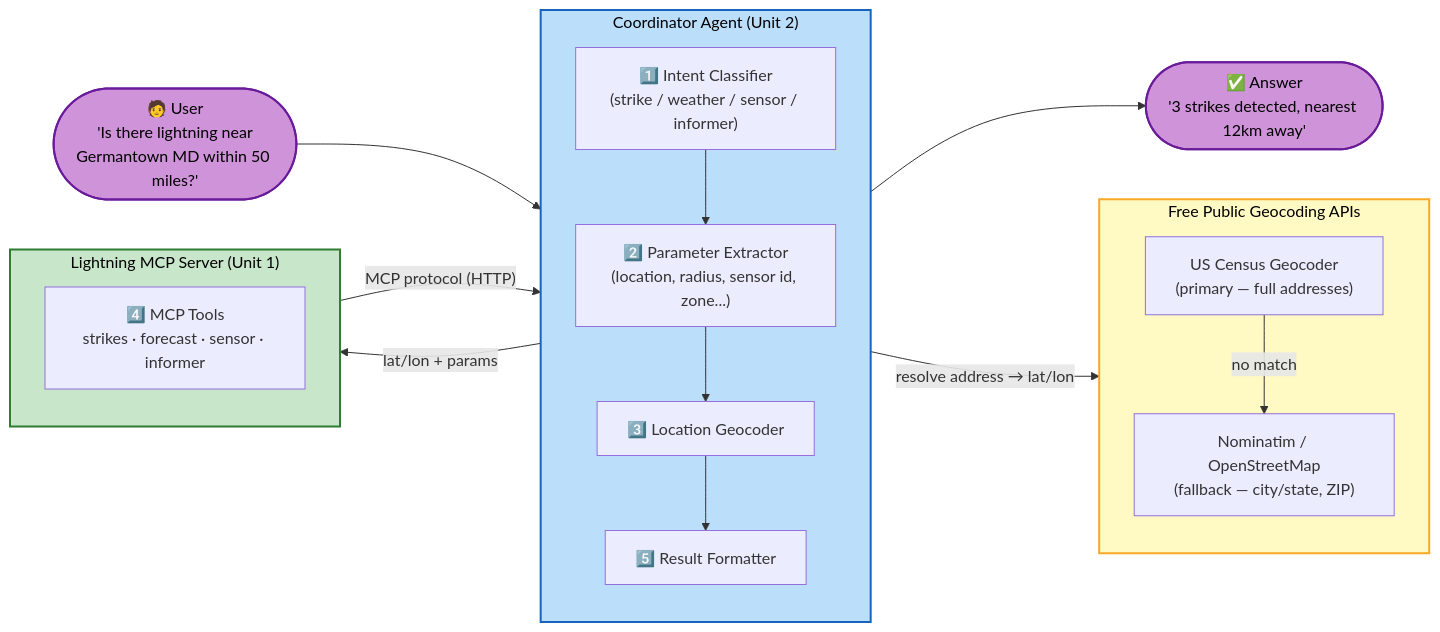
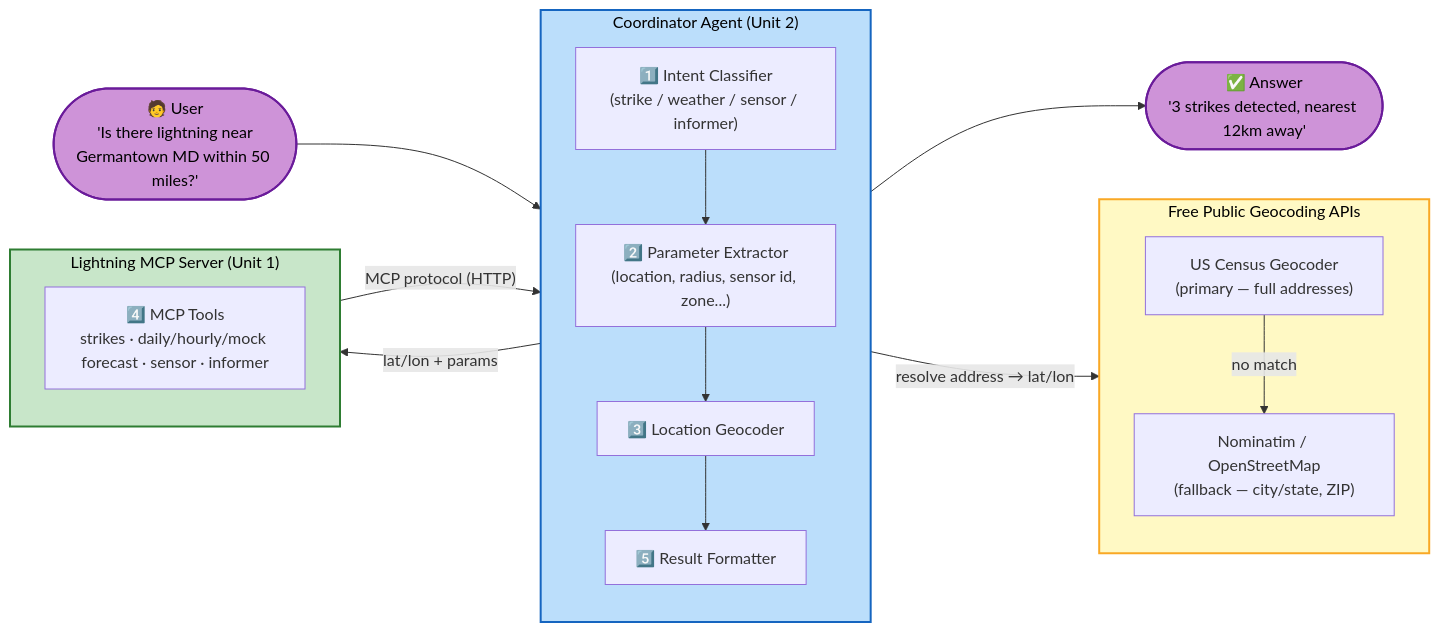
The first of 2 diagrams in README.md (Girish-Krishna-AEM/aem.mcp), drawn with Mermaid before and after one commit. The commit also changed other lines of this file and 23 other files, not shown here.

First line of the commit message:
Add real daily/hourly weather forecast tools; wire Coordinator routing; richer verification logging

````diff
--- a/README.md
+++ b/README.md
@@ -25,38 +25,38 @@
 ```mermaid
 flowchart LR
     User(["🧑 User<br/>'Is there lightning near<br/>Germantown MD within 50 miles?'"])
 
     subgraph Coordinator["Coordinator Agent  (Unit 2)"]
         direction TB
         IC["1️⃣ Intent Classifier<br/>(strike / weather / sensor / informer)"]
         PE["2️⃣ Parameter Extractor<br/>(location, radius, sensor id, zone...)"]
         LG["3️⃣ Location Geocoder"]
         RF["5️⃣ Result Formatter"]
         IC --> PE --> LG
     end
 
     subgraph Geocoders["Free Public Geocoding APIs"]
         direction TB
         Census["US Census Geocoder<br/>(primary — full addresses)"]
         Nominatim["Nominatim / OpenStreetMap<br/>(fallback — city/state, ZIP)"]
         Census -- "no match" --> Nominatim
     end
 
     subgraph MCP["Lightning MCP Server  (Unit 1)"]
         direction TB
-        Tools["4️⃣ MCP Tools<br/>strikes · forecast · sensor · informer"]
+        Tools["4️⃣ MCP Tools<br/>strikes · daily/hourly/mock forecast · sensor · informer"]
     end
 
     User --> IC
     LG -- "resolve address → lat/lon" --> Geocoders
     LG --> RF
     PE -- "lat/lon + params" --> Tools
     Tools -- "MCP protocol (HTTP)" --> RF
     RF --> Answer(["✅ Answer<br/>'3 strikes detected, nearest 12km away'"])
 
     style User fill:#CE93D8,stroke:#6A1B9A,stroke-width:2px,color:#000
     style Answer fill:#CE93D8,stroke:#6A1B9A,stroke-width:2px,color:#000
     style Coordinator fill:#BBDEFB,stroke:#1565C0,stroke-width:2px,color:#000
     style MCP fill:#C8E6C9,stroke:#2E7D32,stroke-width:2px,color:#000
     style Geocoders fill:#FFF9C4,stroke:#F9A825,stroke-width:2px,color:#000
 ```
````
